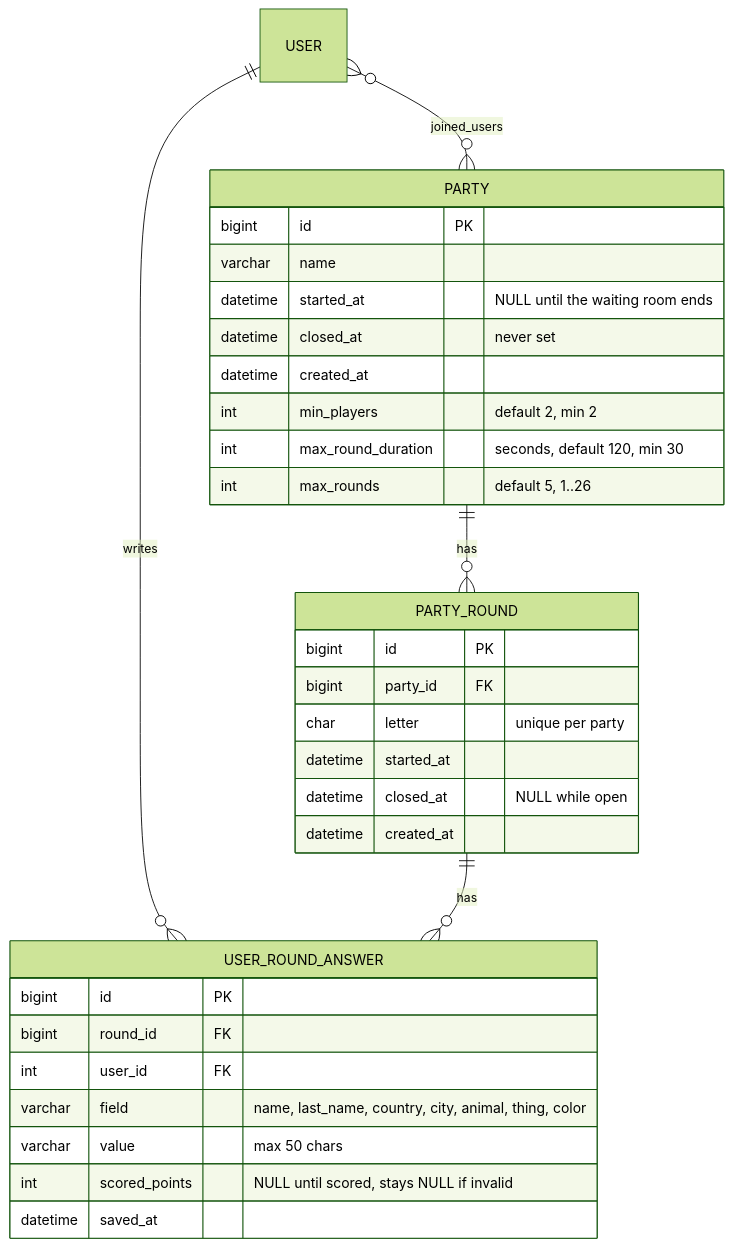
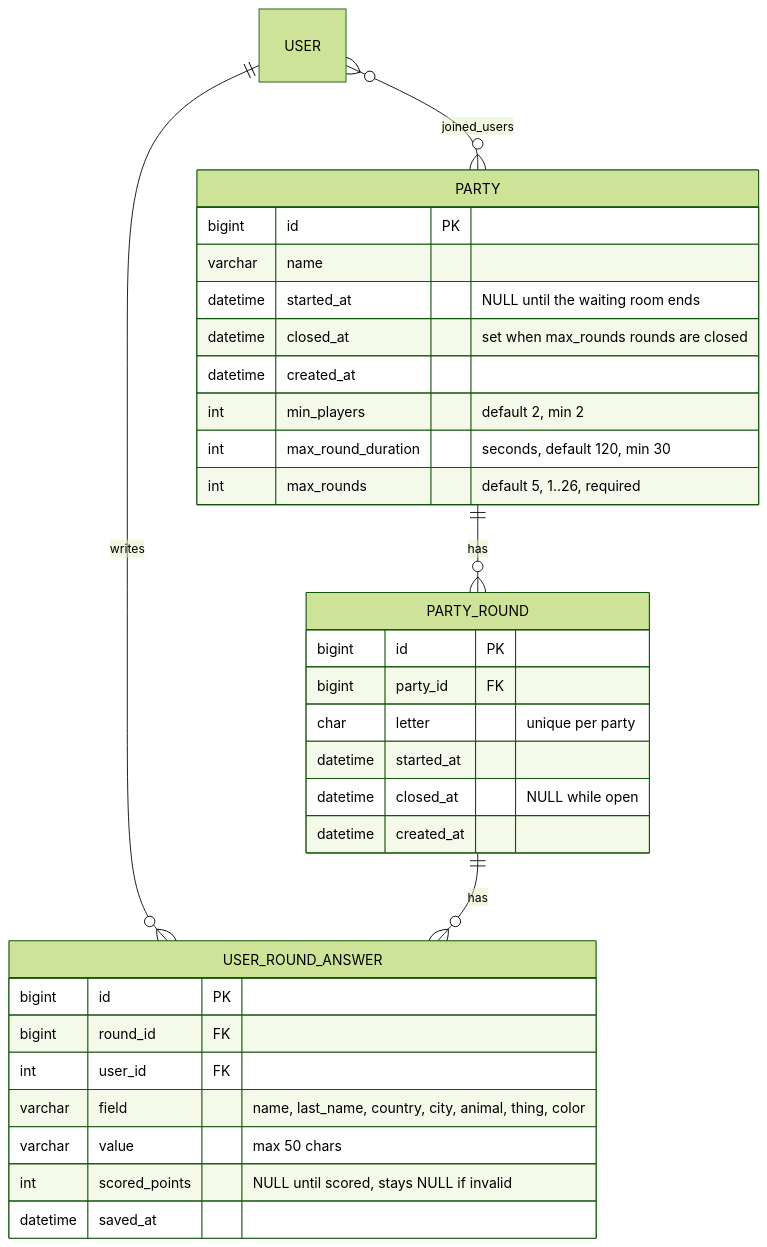
One commit to DanielGnzlzVll/AACX changed the fifth of 5 diagrams in docs/architecture.md. Above: the diagram before and after it, drawn with Mermaid (forest theme). The commit also changed other lines of this file and 3 other files, not shown here.

````diff
--- a/docs/architecture.md
+++ b/docs/architecture.md
@@ -245,35 +245,35 @@
 ```mermaid
 erDiagram
     USER ||--o{ USER_ROUND_ANSWER : writes
     USER }o--o{ PARTY : "joined_users"
     PARTY ||--o{ PARTY_ROUND : has
     PARTY_ROUND ||--o{ USER_ROUND_ANSWER : has
 
     PARTY {
         bigint id PK
         varchar name
         datetime started_at "NULL until the waiting room ends"
-        datetime closed_at "never set"
+        datetime closed_at "set when max_rounds rounds are closed"
         datetime created_at
         int min_players "default 2, min 2"
         int max_round_duration "seconds, default 120, min 30"
-        int max_rounds "default 5, 1..26"
+        int max_rounds "default 5, 1..26, required"
     }
     PARTY_ROUND {
         bigint id PK
         bigint party_id FK
         char letter "unique per party"
         datetime started_at
         datetime closed_at "NULL while open"
         datetime created_at
     }
     USER_ROUND_ANSWER {
         bigint id PK
         bigint round_id FK
         int user_id FK
         varchar field "name, last_name, country, city, animal, thing, color"
         varchar value "max 50 chars"
         int scored_points "NULL until scored, stays NULL if invalid"
         datetime saved_at
     }
 ```
````
